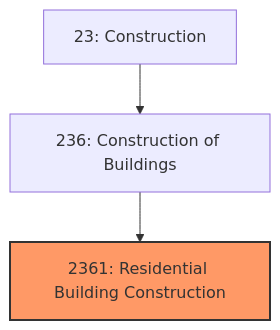
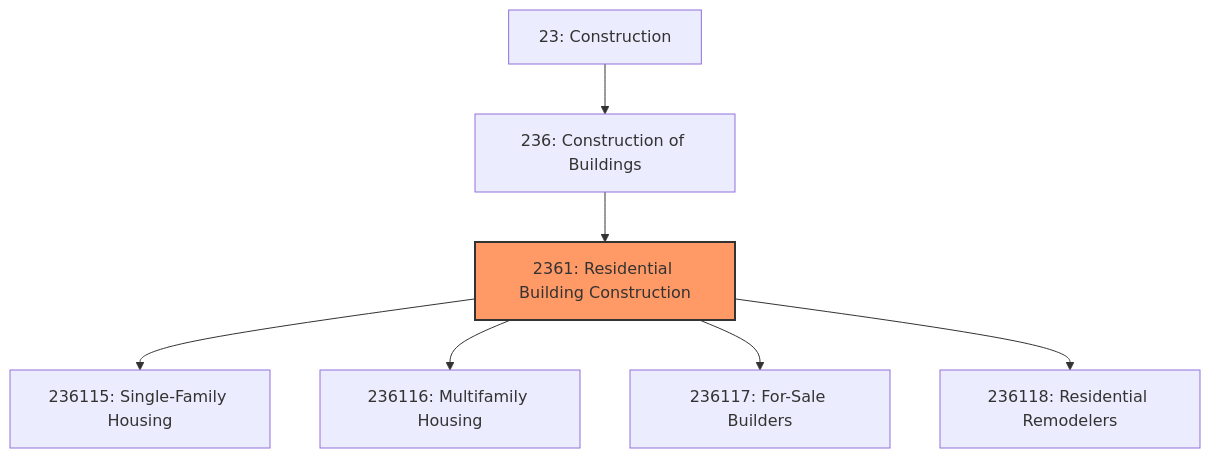
One commit to kziemski/business.org.ai changed the first of 3 diagrams in industries/Construction/ConstructionOfBuildings/ResidentialBuildingConstruction.mdx. Above: the diagram before and after it, drawn with Mermaid. The commit also changed other lines of this file and 67 other files, not shown here.

````diff
--- a/industries/Construction/ConstructionOfBuildings/ResidentialBuildingConstruction.mdx
+++ b/industries/Construction/ConstructionOfBuildings/ResidentialBuildingConstruction.mdx
@@ -20,7 +34,11 @@
 ```mermaid
 graph TD
     S23["23: Construction"]
     S23 --> N236["236: Construction of Buildings"]
     N236 --> N2361["2361: Residential Building Construction"]
     style N2361 fill:#f96,stroke:#333,stroke-width:2px
+    N2361 --> N236115["236115: Single-Family Housing"]
+    N2361 --> N236116["236116: Multifamily Housing"]
+    N2361 --> N236117["236117: For-Sale Builders"]
+    N2361 --> N236118["236118: Residential Remodelers"]
 ```
````
